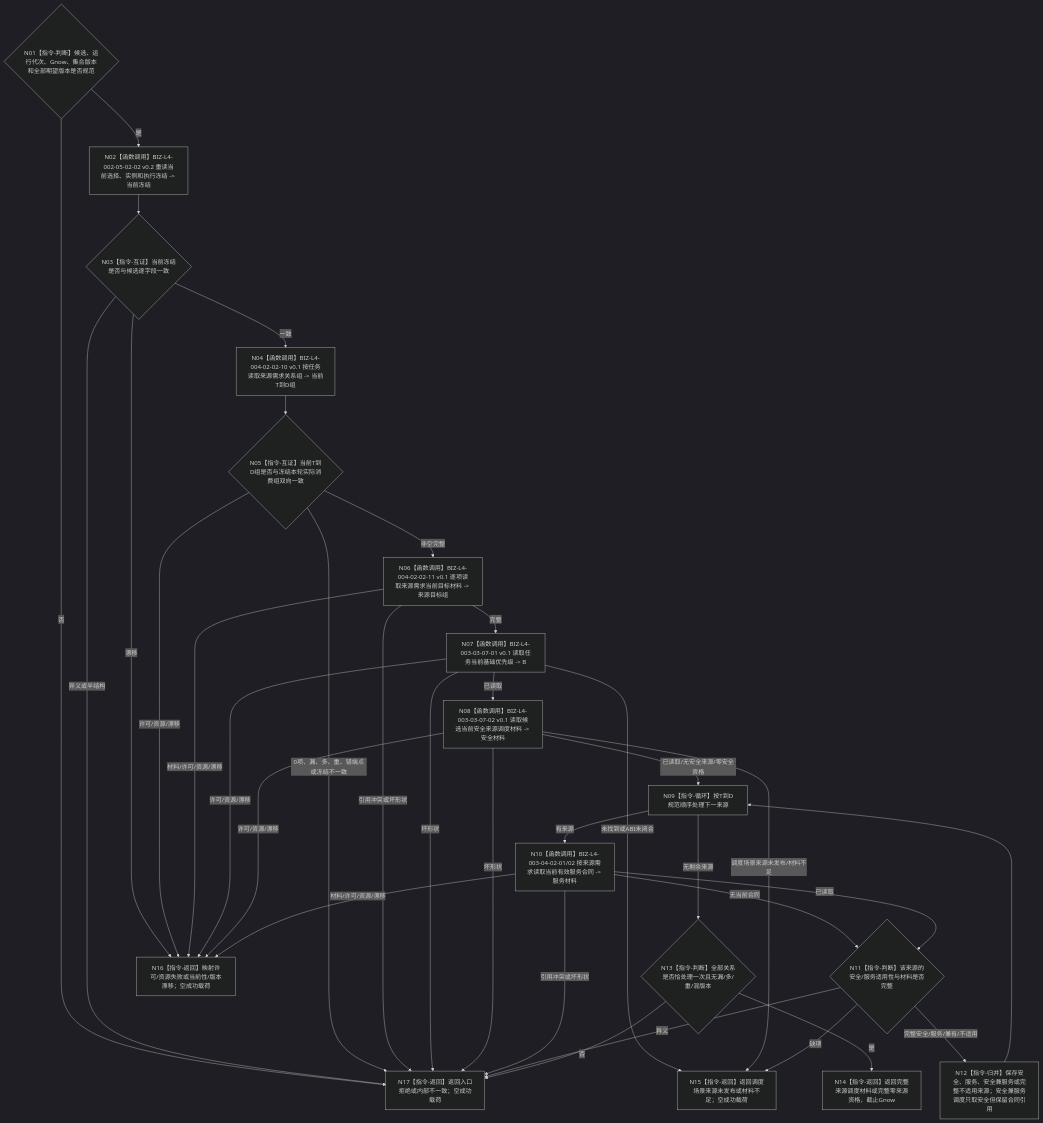
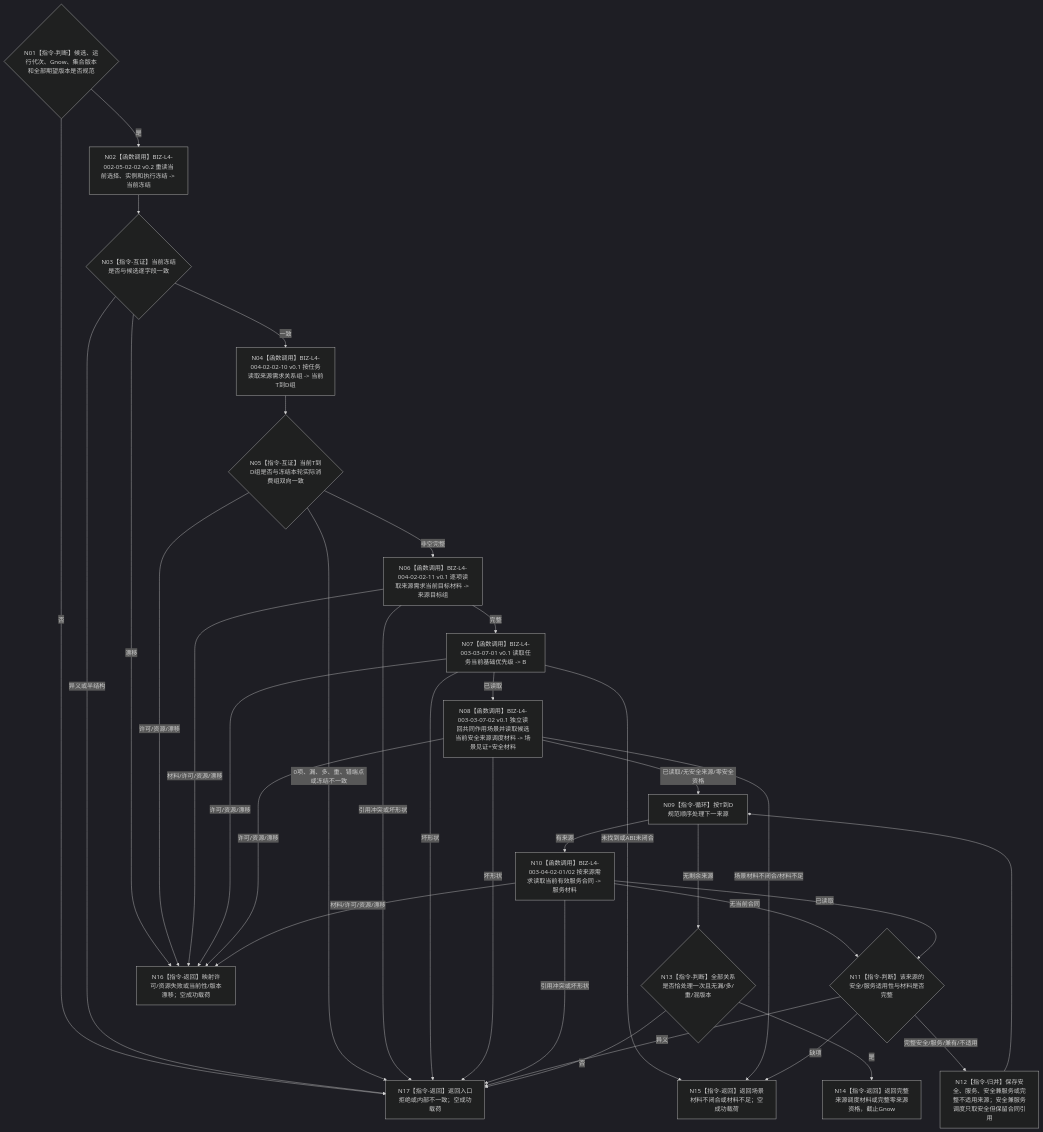
One commit to chunhaizh-cyber/HY-Ego changed the diagram in 流程图/目标业务流程图/L3/BIZ-L3-003-03-07_读取一个冻结候选的当前来源调度材料_目标函数流程图_v0.2.md. Above: the diagram before and after it, drawn with Mermaid (dark theme). The commit also changed other lines of this file and 12 other files, not shown here.

````diff
--- a/流程图/目标业务流程图/L3/BIZ-L3-003-03-07_读取一个冻结候选的当前来源调度材料_目标函数流程图_v0.2.md
+++ b/流程图/目标业务流程图/L3/BIZ-L3-003-03-07_读取一个冻结候选的当前来源调度材料_目标函数流程图_v0.2.md
@@ -36,51 +36,51 @@
 ```mermaid
 flowchart TD
     N01{"N01【指令-判断】候选、运行代次、Gnow、集合版本和全部期望版本是否规范"}
     N02["N02【函数调用】BIZ-L4-002-05-02-02 v0.2 重读当前选择、实例和执行冻结 -> 当前冻结"]
     N03{"N03【指令-互证】当前冻结是否与候选逐字段一致"}
     N04["N04【函数调用】BIZ-L4-004-02-02-10 v0.1 按任务读取来源需求关系组 -> 当前T到D组"]
     N05{"N05【指令-互证】当前T到D组是否与冻结本轮实际消费组双向一致"}
     N06["N06【函数调用】BIZ-L4-004-02-02-11 v0.1 逐项读取来源需求当前目标材料 -> 来源目标组"]
     N07["N07【函数调用】BIZ-L4-003-03-07-01 v0.1 读取任务当前基础优先级 -> B"]
-    N08["N08【函数调用】BIZ-L4-003-03-07-02 v0.1 读取候选当前安全来源调度材料 -> 安全材料"]
+    N08["N08【函数调用】BIZ-L4-003-03-07-02 v0.1 独立读回共同作用场景并读取候选当前安全来源调度材料 -> 场景见证+安全材料"]
     N09["N09【指令-循环】按T到D规范顺序处理下一来源"]
     N10["N10【函数调用】BIZ-L4-003-04-02-01/02 按来源需求读取当前有效服务合同 -> 服务材料"]
     N11{"N11【指令-判断】该来源的安全/服务适用性与材料是否完整"}
     N12["N12【指令-归并】保存安全、服务、安全兼服务或完整不适用来源；安全兼服务调度只取安全但保留合同引用"]
     N13{"N13【指令-判断】全部关系是否恰处理一次且无漏/多/重/混版本"}
     N14["N14【指令-返回】返回完整来源调度材料或完整零来源资格，截止Gnow"]
-    N15["N15【指令-返回】返回调度场景来源未发布或材料不足；空成功载荷"]
+    N15["N15【指令-返回】返回场景材料不闭合或材料不足；空成功载荷"]
     N16["N16【指令-返回】映射许可/资源失败或当前性/版本漂移；空成功载荷"]
     N17["N17【指令-返回】返回入口拒绝或内部不一致；空成功载荷"]
 
     N01 -->|否| N17
     N01 -->|是| N02 --> N03
     N03 -->|漂移| N16
     N03 -->|异义或半结构| N17
     N03 -->|一致| N04 --> N05
     N05 -->|许可/资源/漂移| N16
     N05 -->|0项、漏、多、重、错端点或冻结不一致| N17
     N05 -->|非空完整| N06
     N06 -->|材料/许可/资源/漂移| N16
     N06 -->|引用冲突或坏形状| N17
     N06 -->|完整| N07
     N07 -->|未找到或ABI未闭合| N15
     N07 -->|许可/资源/漂移| N16
     N07 -->|坏形状| N17
     N07 -->|已读取| N08
-    N08 -->|调度场景来源未发布/材料不足| N15
+    N08 -->|场景材料不闭合/材料不足| N15
     N08 -->|许可/资源/漂移| N16
     N08 -->|坏形状| N17
     N08 -->|已读取/无安全来源/零安全资格| N09
     N09 -->|无剩余来源| N13
     N09 -->|有来源| N10
     N10 -->|无当前合同| N11
     N10 -->|已读取| N11
     N10 -->|材料/许可/资源/漂移| N16
     N10 -->|引用冲突或坏形状| N17
     N11 -->|完整安全/服务/兼有/不适用| N12 --> N09
     N11 -->|缺项| N15
     N11 -->|异义| N17
     N13 -->|否| N17
     N13 -->|是| N14
 ```
````
